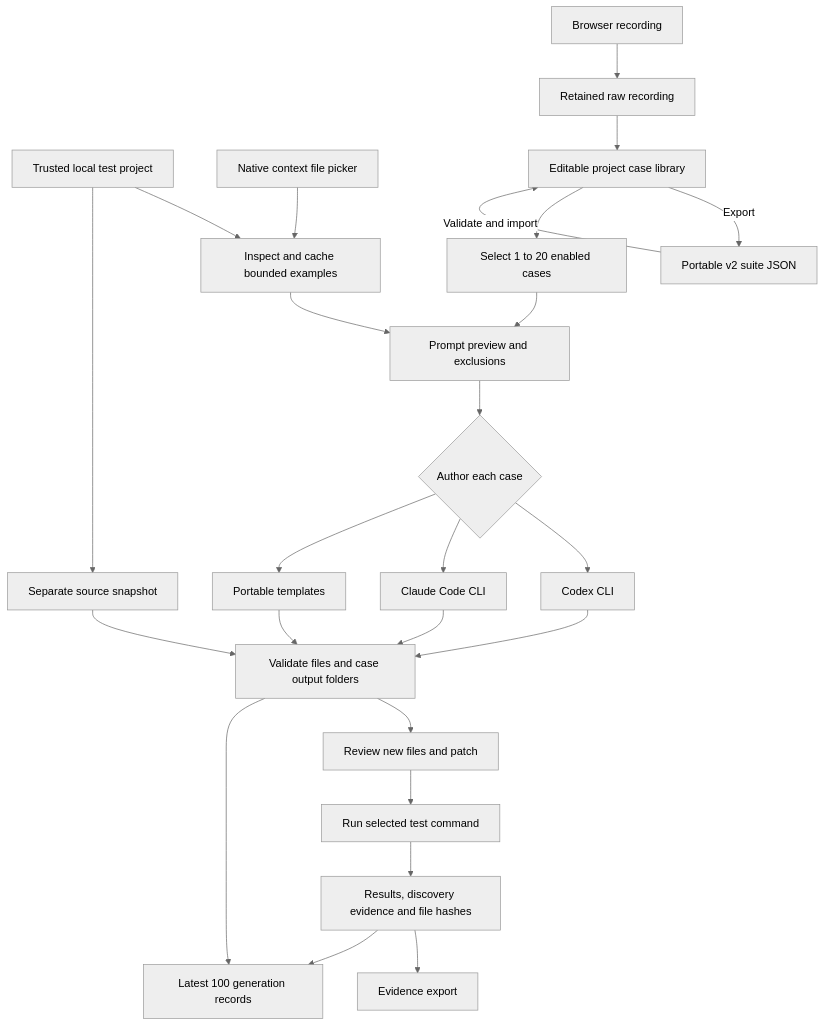
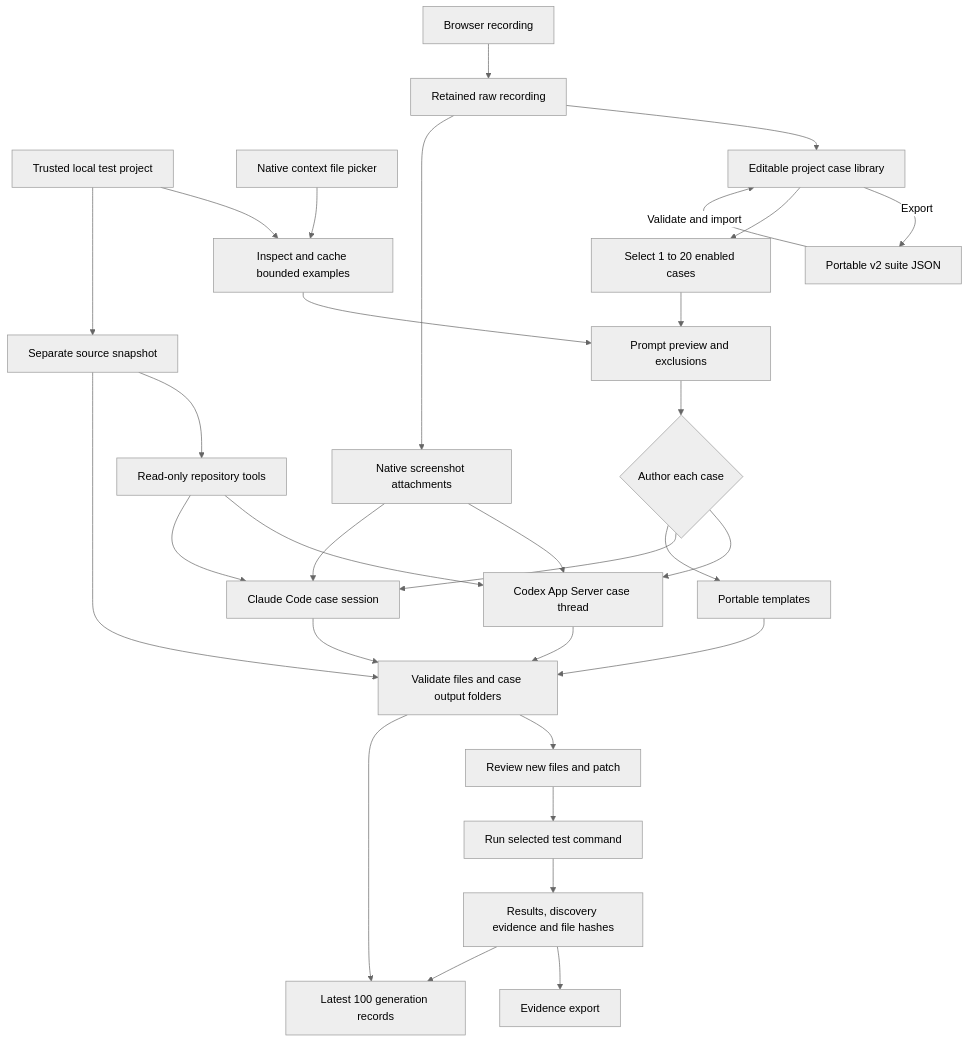
The first of 2 diagrams in docs/ARCHITECTURE.md (saketh12e/testloom), drawn with Mermaid (neutral theme) before and after one commit. The commit also changed other lines of this file and 43 other files, not shown here.

Commit message:
Add native case sessions and scalable repository context

````diff
--- a/docs/ARCHITECTURE.md
+++ b/docs/ARCHITECTURE.md
@@ -7,27 +7,33 @@
 ```mermaid
 flowchart TD
     P[Trusted local test project] --> I[Inspect and cache bounded examples]
     F[Native context file picker] --> I
     B[Browser recording] --> R[Retained raw recording]
     R --> C[Editable project case library]
     J[Portable v2 suite JSON] -->|Validate and import| C
     C -->|Export| J
     C --> S[Select 1 to 20 enabled cases]
     I --> V[Prompt preview and exclusions]
     S --> V
     P --> W[Separate source snapshot]
     V --> A{Author each case}
-    A --> X[Codex CLI]
-    A --> Y[Claude Code CLI]
+    A --> X[Codex App Server case thread]
+    A --> Y[Claude Code case session]
     A --> T[Portable templates]
     X --> G[Validate files and case output folders]
     Y --> G
     T --> G
+    W --> Q[Read-only repository tools]
+    Q --> X
+    Q --> Y
+    R --> IMG[Native screenshot attachments]
+    IMG --> X
+    IMG --> Y
     W --> G
     G --> D[Review new files and patch]
     D --> E[Run selected test command]
     E --> H[Results, discovery evidence and file hashes]
     H --> O[Evidence export]
     G --> L[Latest 100 generation records]
     H --> L
 ```
````
